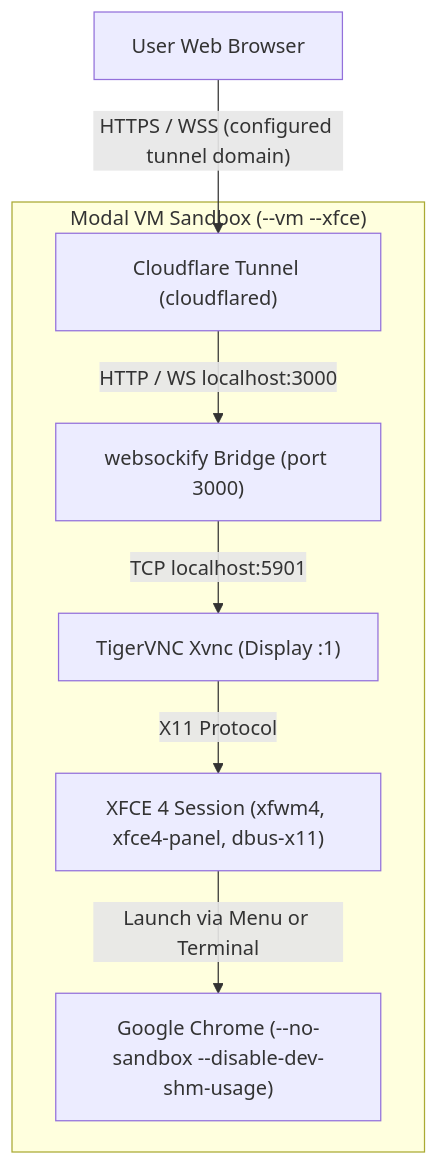
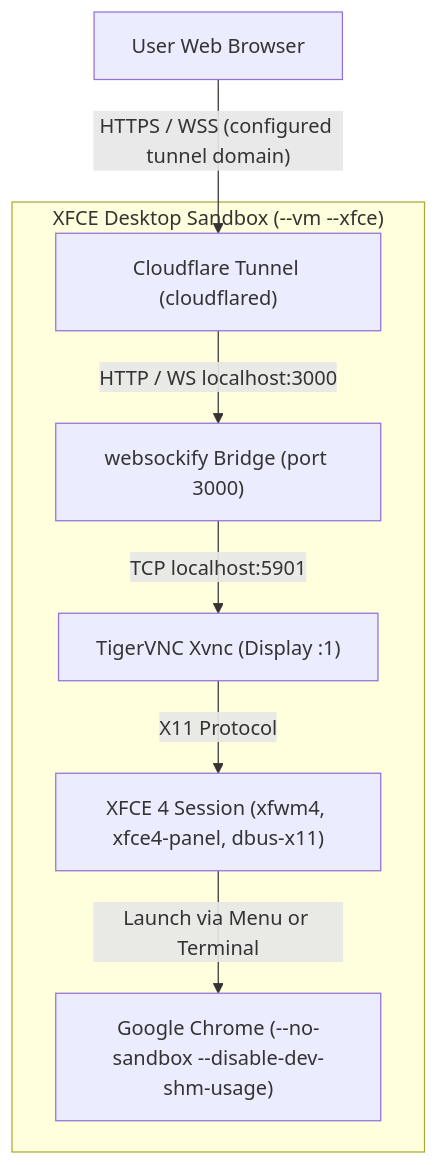
Before and after one commit to YoungMahesh/software-factory: the diagram in docs/architecture/runtimes.md, drawn with Mermaid. The commit also changed other lines of this file and 24 other files, not shown here.

````diff
--- a/docs/architecture/runtimes.md
+++ b/docs/architecture/runtimes.md
@@ -67,10 +67,10 @@
 ```mermaid
 graph TD
     Browser["User Web Browser"] -->|"HTTPS / WSS (configured tunnel domain)"| CFTunnel["Cloudflare Tunnel (cloudflared)"]
-    subgraph Modal VM Sandbox ["Modal VM Sandbox (--vm --xfce)"]
+    subgraph Modal VM Sandbox ["XFCE Desktop Sandbox (--vm --xfce)"]
         CFTunnel -->|"HTTP / WS localhost:3000"| WebSockify["websockify Bridge (port 3000)"]
         WebSockify -->|"TCP localhost:5901"| TigerVNC["TigerVNC Xvnc (Display :1)"]
         TigerVNC -->|"X11 Protocol"| XFCE["XFCE 4 Session (xfwm4, xfce4-panel, dbus-x11)"]
         XFCE -->|"Launch via Menu or Terminal"| Chrome["Google Chrome (--no-sandbox --disable-dev-shm-usage)"]
     end
 ```
````
